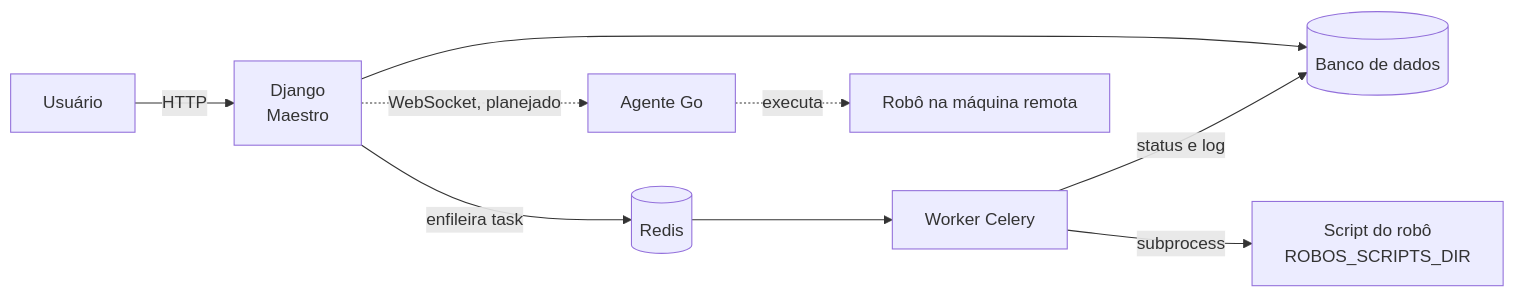
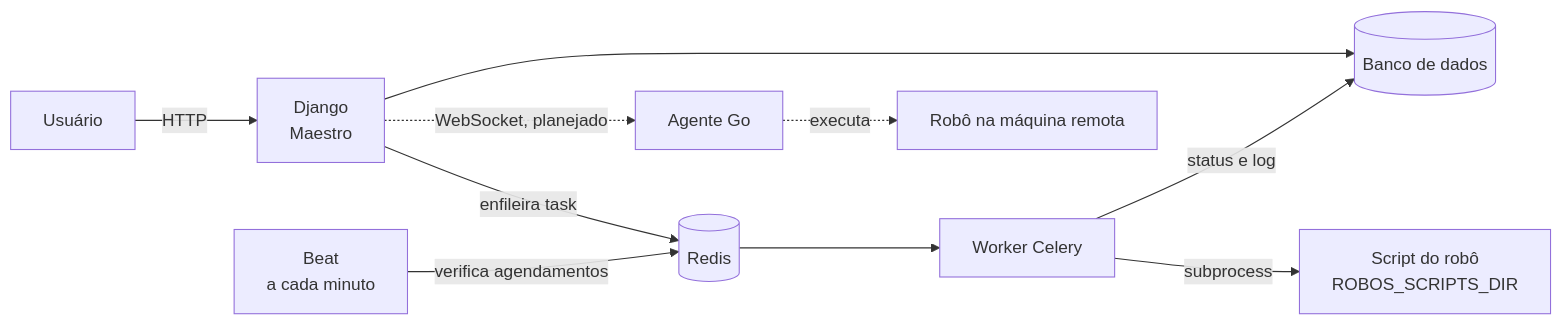
The diagram in README.md (Zavan7/maestro-zavan), drawn with Mermaid before and after one commit. The commit also changed other lines of this file and 27 other files, not shown here.

````diff
--- a/README.md
+++ b/README.md
@@ -57,11 +64,12 @@
 ```mermaid
 flowchart LR
     U[Usuário] -->|HTTP| D[Django<br/>Maestro]
     D --> DB[(Banco de dados)]
     D -->|enfileira task| R[(Redis)]
+    B[Beat<br/>a cada minuto] -->|verifica agendamentos| R
     R --> W[Worker Celery]
     W -->|subprocess| S[Script do robô<br/>ROBOS_SCRIPTS_DIR]
     W -->|status e log| DB
     D -. WebSocket, planejado .-> A[Agente Go]
     A -. executa .-> S2[Robô na máquina remota]
 ```
````
